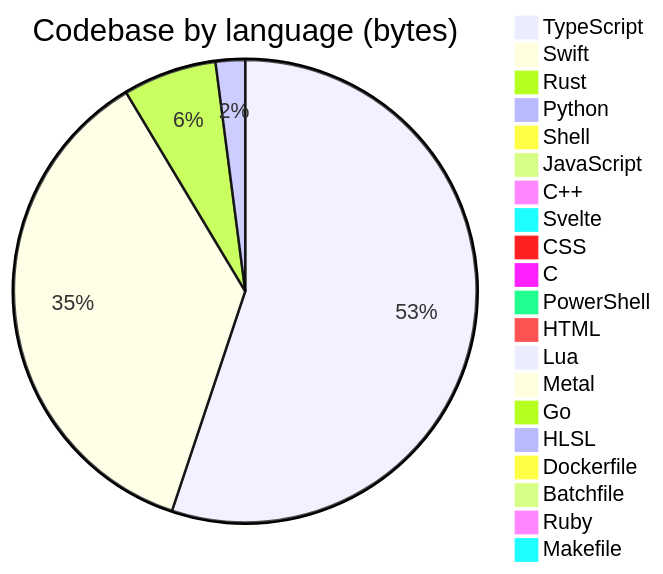
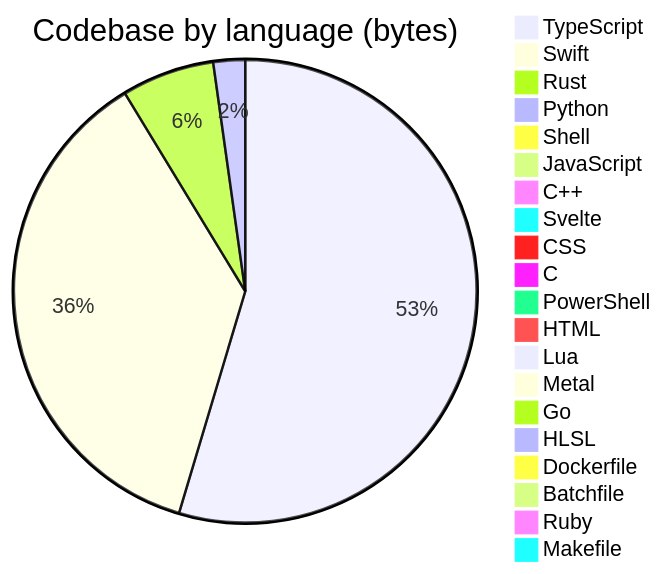
Before and after one commit to Open330/.github: the diagram in profile/README.md, drawn with Mermaid. The commit also changed other lines of this file, not shown here.

````diff
--- a/profile/README.md
+++ b/profile/README.md
@@ -132,23 +132,23 @@
 ```mermaid
 pie title Codebase by language (bytes)
     "TypeScript" : 34829859
-    "Swift" : 22923043
+    "Swift" : 23394693
     "Rust" : 4128908
-    "Python" : 1300435
-    "Shell" : 462299
-    "JavaScript" : 400989
+    "Python" : 1414709
+    "Shell" : 460764
+    "JavaScript" : 408382
     "C++" : 388775
     "Svelte" : 275766
     "CSS" : 152218
     "C" : 118462
     "PowerShell" : 98688
     "HTML" : 92692
     "Lua" : 48814
     "Metal" : 33192
     "Go" : 22811
     "HLSL" : 7527
     "Dockerfile" : 6524
     "Batchfile" : 5660
     "Ruby" : 3229
     "Makefile" : 1307
 ```
````
